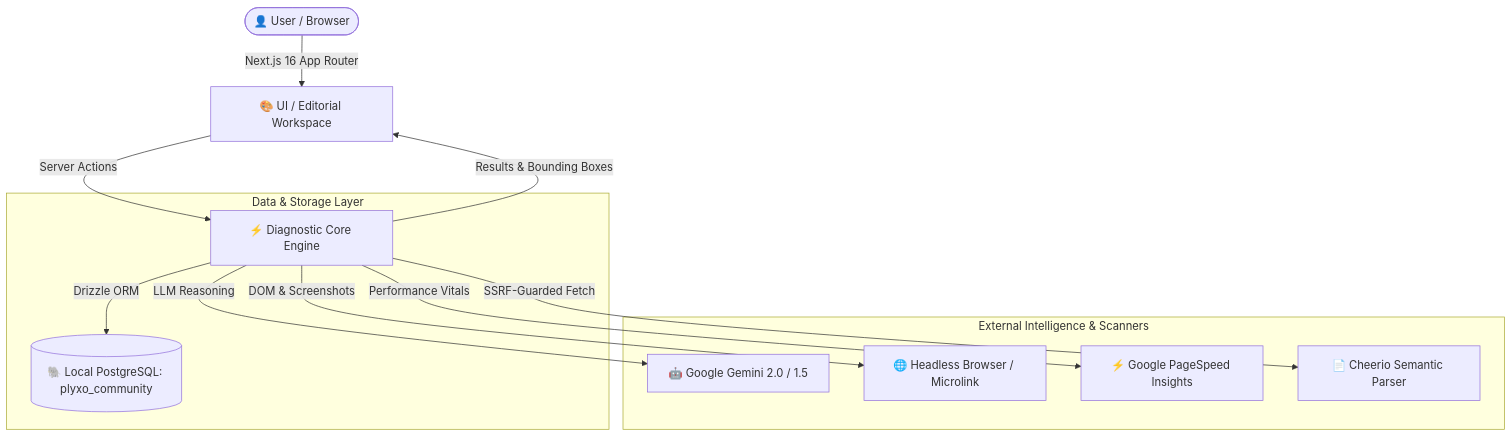
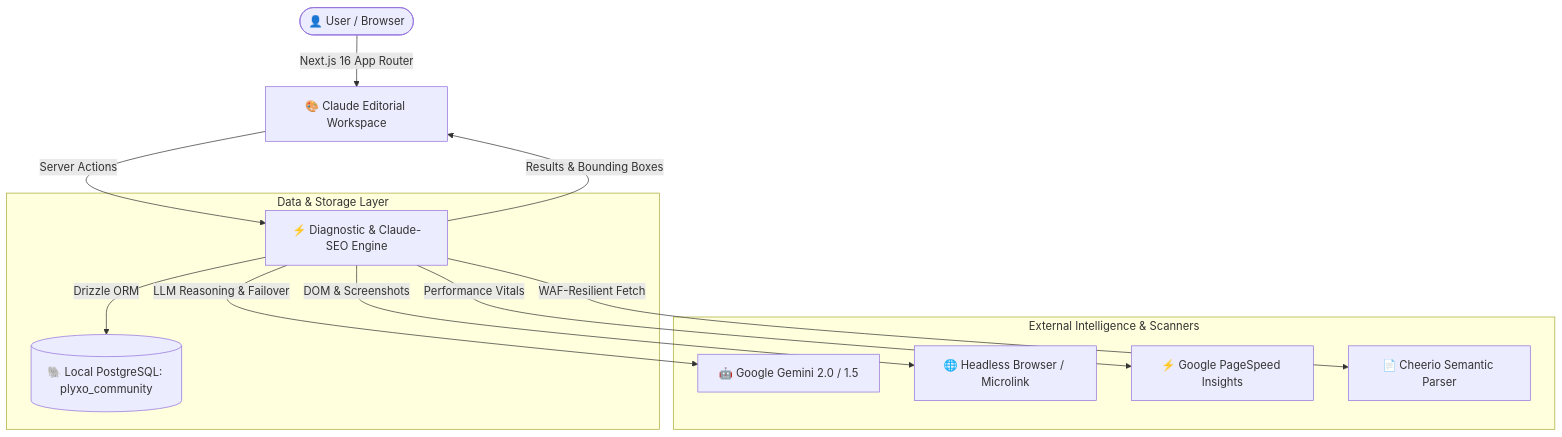
One commit to pixelfogg/Plyxo-CRO-SEO-AIO-AEO-GEO changed the diagram in README.md. Above: the diagram before and after it, drawn with Mermaid. The commit also changed other lines of this file, not shown here.

Commit message:
docs: update README with complete Claude-SEO skills integration and feature breakdown

````diff
--- a/README.md
+++ b/README.md
@@ -121,18 +140,18 @@
 ```mermaid
 graph TD
-    User([👤 User / Browser]) -->|Next.js 16 App Router| Frontend[🎨 UI / Editorial Workspace]
-    Frontend -->|Server Actions| Engine[⚡ Diagnostic Core Engine]
+    User([👤 User / Browser]) -->|Next.js 16 App Router| Frontend[🎨 Claude Editorial Workspace]
+    Frontend -->|Server Actions| Engine[⚡ Diagnostic & Claude-SEO Engine]
     
     subgraph "Data & Storage Layer"
         Engine -->|Drizzle ORM| DB[(🐘 Local PostgreSQL: plyxo_community)]
     end
     
     subgraph "External Intelligence & Scanners"
-        Engine -->|LLM Reasoning| Gemini[🤖 Google Gemini 2.0 / 1.5]
+        Engine -->|LLM Reasoning & Failover| Gemini[🤖 Google Gemini 2.0 / 1.5]
         Engine -->|DOM & Screenshots| Browserless[🌐 Headless Browser / Microlink]
         Engine -->|Performance Vitals| PSI[⚡ Google PageSpeed Insights]
-        Engine -->|SSRF-Guarded Fetch| Cheerio[📄 Cheerio Semantic Parser]
+        Engine -->|WAF-Resilient Fetch| Cheerio[📄 Cheerio Semantic Parser]
     end
     
     Engine -->|Results & Bounding Boxes| Frontend
 ```
````
